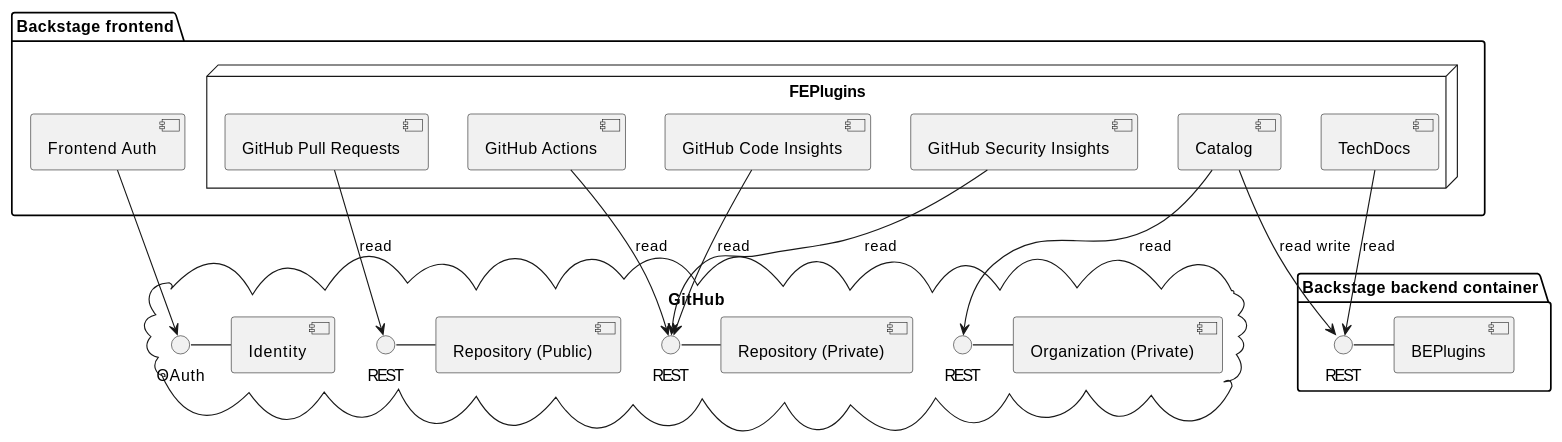
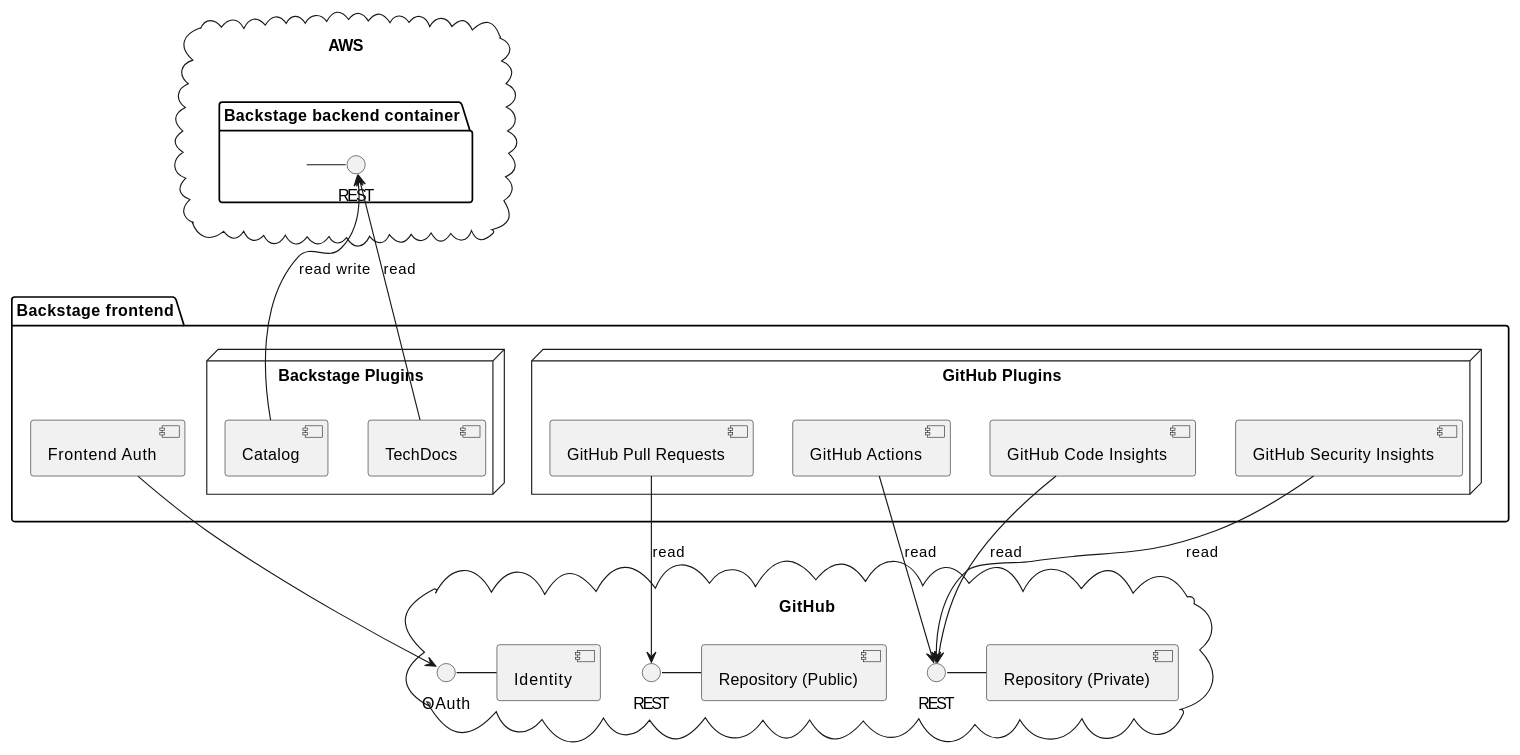
The fourth of 4 diagrams in docs/deployment.md (keyluck/lighthouse-backstage), drawn with PlantUML before and after one commit. The commit also changed other lines of this file, not shown here.

Commit message:
0.51 (#61)
update etc stuff

````diff
--- a/docs/deployment.md
+++ b/docs/deployment.md
@@ -94,35 +94,36 @@
 ```plantuml
-package "Backstage backend container" {
-  interface "REST" as BackstageAPI
-  BackstageAPI - [BEPlugins]
+cloud "AWS\n" {
+  package "Backstage backend container" {
+    interface "REST" as BackstageAPI
+    BackstageAPI - [Backstage backend container]
+  }
 }
 
 package "Backstage frontend" {
   [Frontend Auth]
-  node FEPlugins {
-    [GitHub Pull Requests]
+  node "GitHub Plugins\n" {
+    [GitHub Pull Requests] 
     [GitHub Actions]
     [GitHub Code Insights]
     [GitHub Security Insights]
-    [Catalog] --> BackstageAPI : "read write"
+  }
+  node "Backstage Plugins\n" {
+    [Catalog] -up-> BackstageAPI : "read write"
     [TechDocs] --> BackstageAPI : read
   }
 }
 
-cloud "GitHub" {
+cloud "GitHub\n" {
   interface "REST" as RepoAPI
-  interface "REST" as OrgAPI
   interface "REST" as RepoPrivateAPI
-  OrgAPI - [Organization (Private)]
   RepoAPI - [Repository (Public)]
   RepoPrivateAPI - [Repository (Private)]
   OAuth - [Identity]
   [Frontend Auth] --> [OAuth]
   [GitHub Pull Requests] --> RepoAPI : read
   [GitHub Actions] --> RepoPrivateAPI : read
   [GitHub Code Insights] --> RepoPrivateAPI : read
   [GitHub Security Insights] --> RepoPrivateAPI : read
-  [Catalog] --> OrgAPI : read
 }
 
 ```
````
